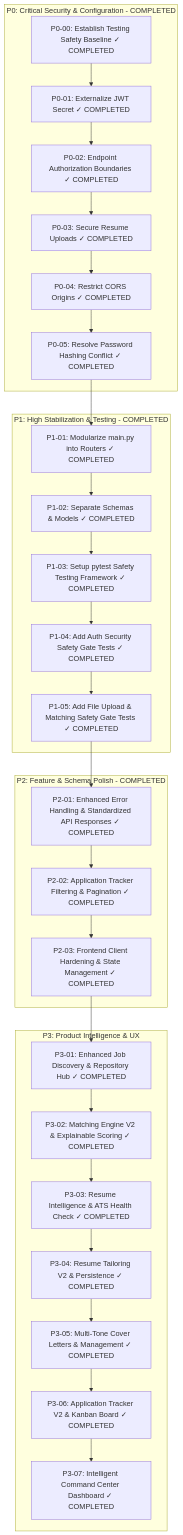
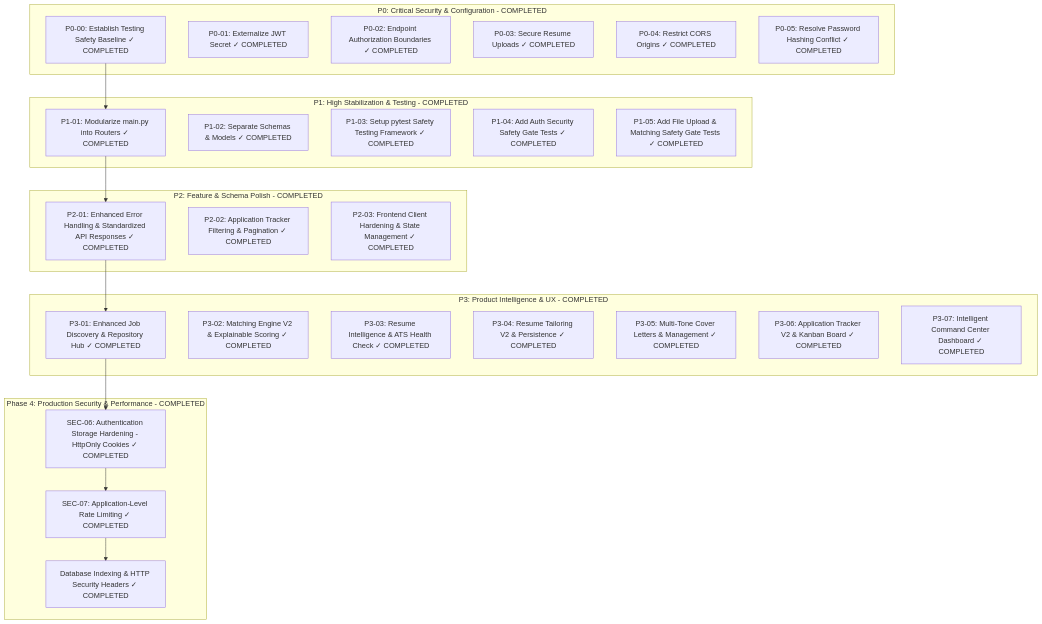
One commit to AlvinMutie/Job-seer changed the diagram in docs/ROADMAP.md. Above: the diagram before and after it, drawn with Mermaid. The commit also changed other lines of this file and 110 other files, not shown here.

Commit message:
feat: implement backend rate limiter, add security/phase4 tests, and update documentation

````diff
--- a/docs/ROADMAP.md
+++ b/docs/ROADMAP.md
@@ -9,37 +9,43 @@
 ```mermaid
 flowchart TD
     subgraph P0 [P0: Critical Security & Configuration - COMPLETED]
         P0-00[P0-00: Establish Testing Safety Baseline ✓ COMPLETED]
         P0-01[P0-01: Externalize JWT Secret ✓ COMPLETED]
         P0-02[P0-02: Endpoint Authorization Boundaries ✓ COMPLETED]
         P0-03[P0-03: Secure Resume Uploads ✓ COMPLETED]
         P0-04[P0-04: Restrict CORS Origins ✓ COMPLETED]
         P0-05[P0-05: Resolve Password Hashing Conflict ✓ COMPLETED]
     end
 
     subgraph P1 [P1: High Stabilization & Testing - COMPLETED]
         P1-01[P1-01: Modularize main.py into Routers ✓ COMPLETED]
         P1-02[P1-02: Separate Schemas & Models ✓ COMPLETED]
         P1-03[P1-03: Setup pytest Safety Testing Framework ✓ COMPLETED]
         P1-04[P1-04: Add Auth Security Safety Gate Tests ✓ COMPLETED]
         P1-05[P1-05: Add File Upload & Matching Safety Gate Tests ✓ COMPLETED]
     end
 
     subgraph P2 [P2: Feature & Schema Polish - COMPLETED]
         P2-01[P2-01: Enhanced Error Handling & Standardized API Responses ✓ COMPLETED]
         P2-02[P2-02: Application Tracker Filtering & Pagination ✓ COMPLETED]
         P2-03[P2-03: Frontend Client Hardening & State Management ✓ COMPLETED]
     end
 
-    subgraph P3 [P3: Product Intelligence & UX]
+    subgraph P3 [P3: Product Intelligence & UX - COMPLETED]
         P3-01[P3-01: Enhanced Job Discovery & Repository Hub ✓ COMPLETED]
         P3-02[P3-02: Matching Engine V2 & Explainable Scoring ✓ COMPLETED]
         P3-03[P3-03: Resume Intelligence & ATS Health Check ✓ COMPLETED]
         P3-04[P3-04: Resume Tailoring V2 & Persistence ✓ COMPLETED]
         P3-05[P3-05: Multi-Tone Cover Letters & Management ✓ COMPLETED]
         P3-06[P3-06: Application Tracker V2 & Kanban Board ✓ COMPLETED]
         P3-07[P3-07: Intelligent Command Center Dashboard ✓ COMPLETED]
     end
 
-    P0-00 --> P0-01 --> P0-02 --> P0-03 --> P0-04 --> P0-05 --> P1-01 --> P1-02 --> P1-03 --> P1-04 --> P1-05 --> P2-01 --> P2-02 --> P2-03 --> P3-01 --> P3-02 --> P3-03 --> P3-04 --> P3-05 --> P3-06 --> P3-07
+    subgraph P4 [Phase 4: Production Security & Performance - COMPLETED]
+        P4-SEC06[SEC-06: Authentication Storage Hardening - HttpOnly Cookies ✓ COMPLETED]
+        P4-SEC07[SEC-07: Application-Level Rate Limiting ✓ COMPLETED]
+        P4-PERF[Database Indexing & HTTP Security Headers ✓ COMPLETED]
+    end
+
+    P0-00 --> P1-01 --> P2-01 --> P3-01 --> P4-SEC06 --> P4-SEC07 --> P4-PERF
 ```
````
